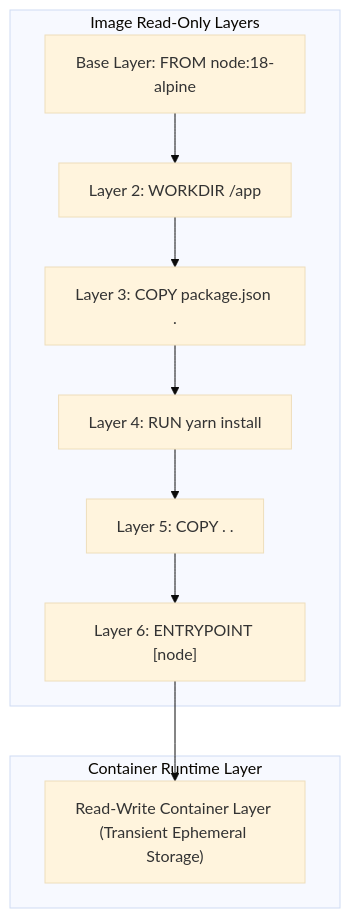
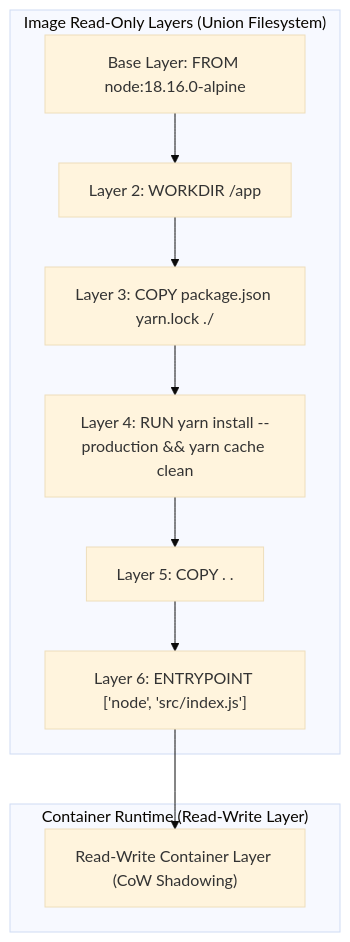
Before and after one commit to kmashour/BrainDump: the first of 2 diagrams in Reference Notes/2-2_dockerfile_primer_and_image_building.md, drawn with Mermaid (base theme). The commit also changed other lines of this file and 152 other files, not shown here.

````diff
--- a/Reference Notes/2-2_dockerfile_primer_and_image_building.md
+++ b/Reference Notes/2-2_dockerfile_primer_and_image_building.md
@@ -15,14 +15,15 @@
 ```mermaid
 graph TD
-    subgraph Layers["Image Read-Only Layers"]
-        Base["Base Layer: FROM node:18-alpine"] --> Copy1["Layer 2: WORKDIR /app"]
-        Copy1 --> Copy2["Layer 3: COPY package.json ."]
-        Copy2 --> Run1["Layer 4: RUN yarn install"]
-        Run1 --> Copy3["Layer 5: COPY . ."]
-        Copy3 --> Entry["Layer 6: ENTRYPOINT [node]"]
+    subgraph Layers["Image Read-Only Layers (Union Filesystem)"]
+        Base["Base Layer: FROM node:18.16.0-alpine"]
+        Base --> Workdir["Layer 2: WORKDIR /app"]
+        Workdir --> CopyDeps["Layer 3: COPY package.json yarn.lock ./"]
+        CopyDeps --> RunInstall["Layer 4: RUN yarn install --production && yarn cache clean"]
+        RunInstall --> CopySrc["Layer 5: COPY . ."]
+        CopySrc --> Entry["Layer 6: ENTRYPOINT ['node', 'src/index.js']"]
     end
     
-    subgraph ContainerRun["Container Runtime Layer"]
-        Entry --> ReadWrite["Read-Write Container Layer (Transient Ephemeral Storage)"]
+    subgraph ContainerRun["Container Runtime (Read-Write Layer)"]
+        Entry --> ReadWrite["Read-Write Container Layer (CoW Shadowing)"]
     end
 ```
````
